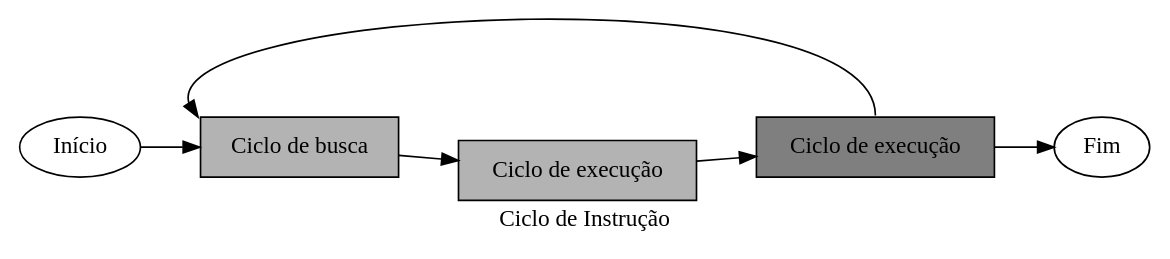
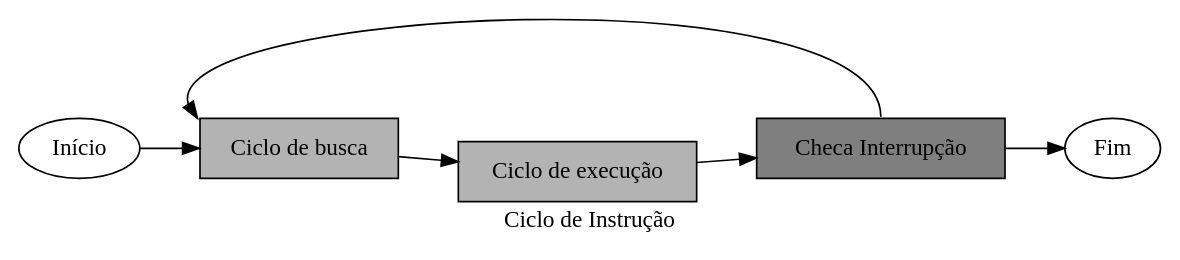
Before and after one commit to ufpb-computacao/introducao-a-arquitetura-de-computadores-livro: the diagram in livro/images/cap2/fig_ciclo_com_interrupcao.dot, drawn with Graphviz. The commit also changed 1 other file, not shown here.

Commit message:
Inclusão de graphviz #16

```diff
--- a/livro/images/cap2/fig_ciclo_com_interrupcao.dot
+++ b/livro/images/cap2/fig_ciclo_com_interrupcao.dot
@@ -1,18 +1,18 @@
 /*  Este arquivo pode ser utilizado para geração de gráficos.
 http://www.graphviz.org/Gallery.php 
 */
 
 digraph G {
   rankdir="LR"
   node[shape=box, style=filled]
   label="Ciclo de Instrução"
 
   inicio[label="Início", shape="ellipse", fillcolor=white];
   fim[shape="ellipse", label="Fim", fillcolor=white];
   busca[shape=box,label="Ciclo de busca", fillcolor="gray70"];
   execucao[shape=box, label="Ciclo de execução", fillcolor="gray70"];
-  interrupcao[shape=box, label="Ciclo de execução", fillcolor="gray50"];
+  interrupcao[shape=box, label="Checa Interrupção", fillcolor="gray50"];
 
   inicio->busca->execucao->interrupcao->fim;
   interrupcao->busca[tailport=n,headport=nw];
 }
```
